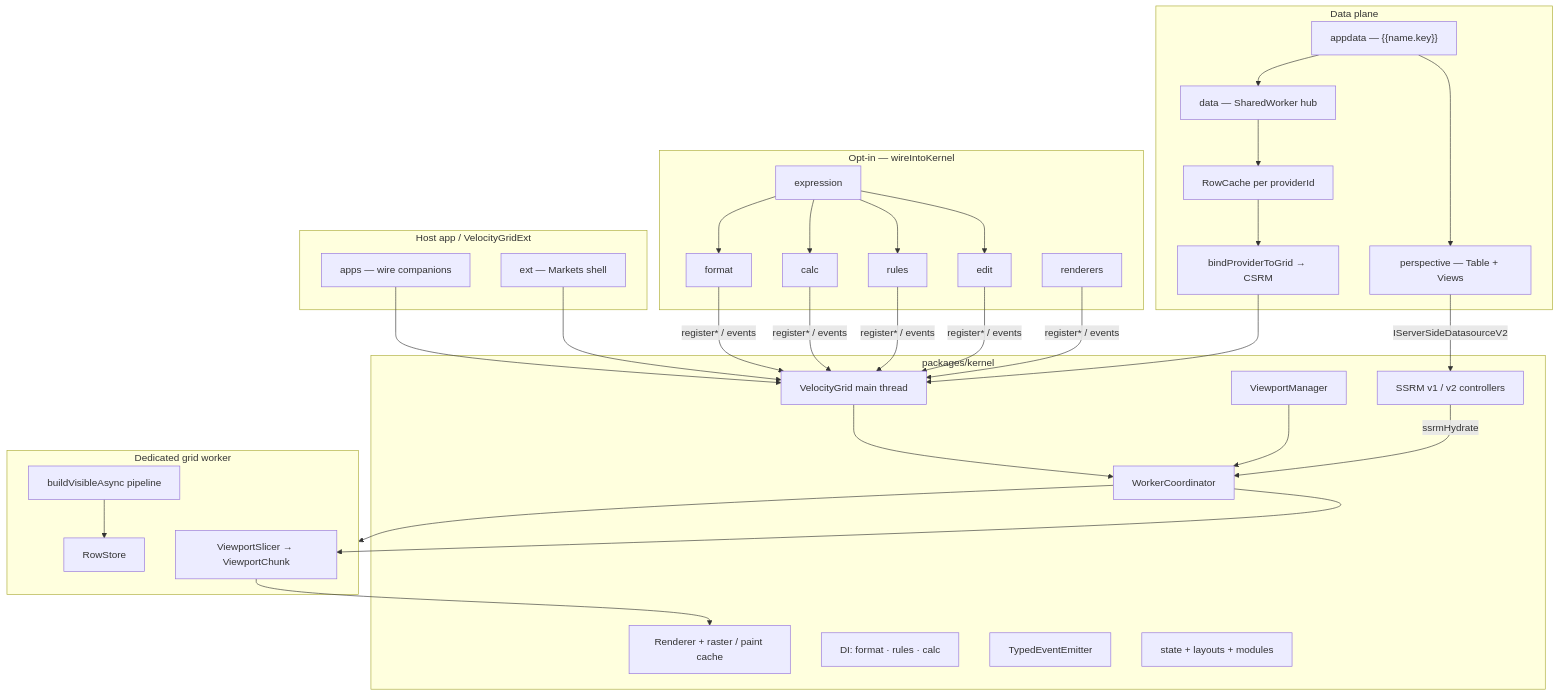
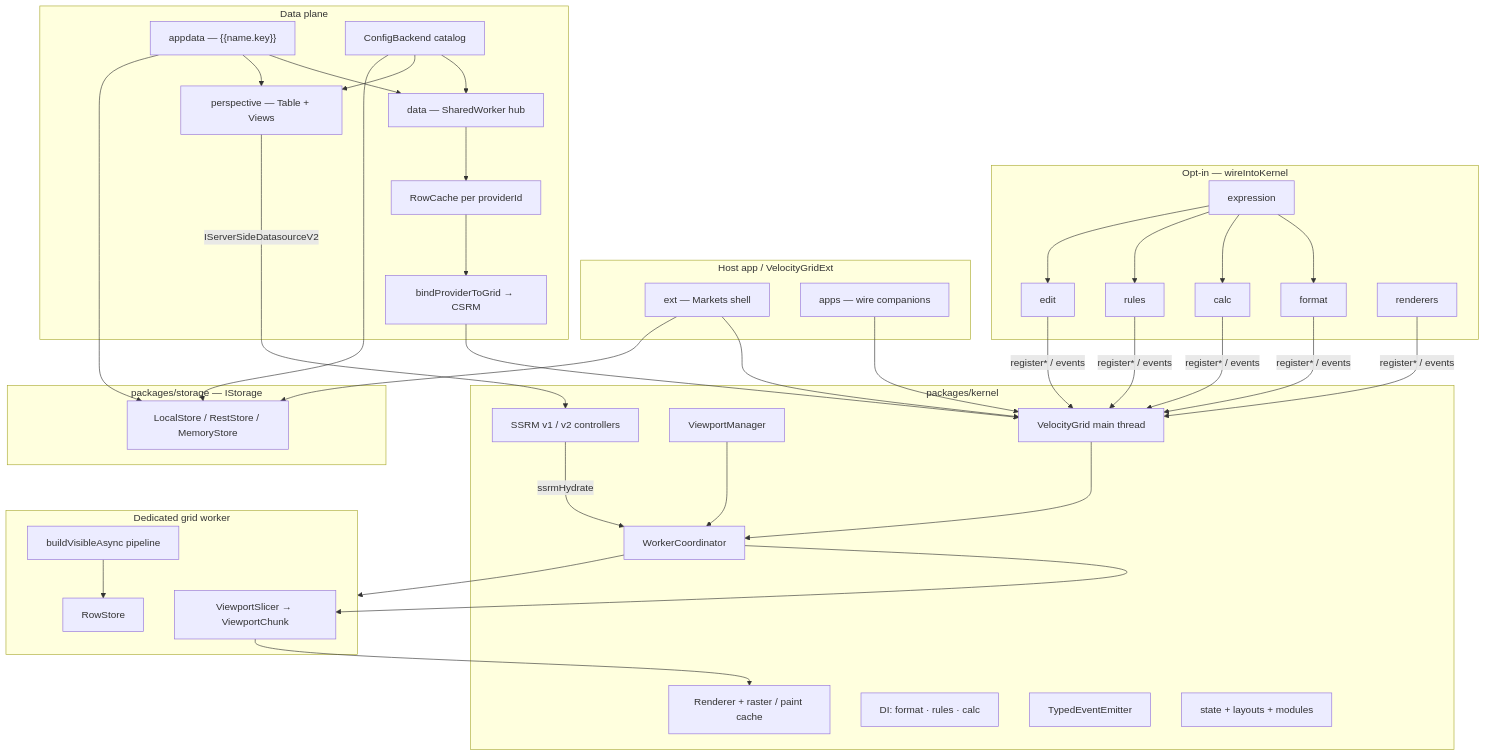
One commit to widgetstools/canvasgrid changed the first of 2 diagrams in docs/velocity-grid-architecture.md. Above: the diagram before and after it, drawn with Mermaid. The commit also changed other lines of this file and 49 other files, not shown here.

````diff
--- a/docs/velocity-grid-architecture.md
+++ b/docs/velocity-grid-architecture.md
@@ -25,54 +27,61 @@
 ```mermaid
 flowchart TB
   subgraph Host["Host app / VelocityGridExt"]
     EXT["ext — Markets shell"]
     APP["apps — wire companions"]
   end
 
   subgraph Kernel["packages/kernel"]
     VG["VelocityGrid main thread"]
     WC["WorkerCoordinator"]
     VP["ViewportManager"]
     RND["Renderer + raster / paint cache"]
     SSRM["SSRM v1 / v2 controllers"]
     SLOTS["DI: format · rules · calc"]
     EV["TypedEventEmitter"]
     STATE["state + layouts + modules"]
   end
 
   subgraph Worker["Dedicated grid worker"]
     STORE["RowStore"]
     PIPE["buildVisibleAsync pipeline"]
     SLICER["ViewportSlicer → ViewportChunk"]
   end
 
   subgraph Companions["Opt-in — wireIntoKernel"]
     EXPR["expression"]
     FMT["format"]
     CALC["calc"]
     RULES["rules"]
     EDIT["edit"]
     REND["renderers"]
   end
 
   subgraph DataPlane["Data plane"]
     HUB["data — SharedWorker hub"]
     CACHE["RowCache per providerId"]
     BIND["bindProviderToGrid → CSRM"]
     PSP["perspective — Table + Views"]
     APPD["appdata — {{name.key}}"]
+    CAT["ConfigBackend catalog"]
+  end
+
+  subgraph Persist["packages/storage — IStorage"]
+    LS["LocalStore / RestStore / MemoryStore"]
   end
 
   APP --> VG
   EXT --> VG
   FMT & CALC & RULES & EDIT & REND -->|register* / events| VG
   EXPR --> FMT & CALC & RULES & EDIT
   VG --> WC --> Worker
   VP --> WC
   WC --> SLICER --> RND
   PIPE --> STORE
   SSRM -->|ssrmHydrate| WC
   HUB --> CACHE --> BIND --> VG
   PSP -->|IServerSideDatasourceV2| SSRM
   APPD --> HUB & PSP
+  CAT --> HUB & PSP
+  APPD & CAT & EXT --> LS
 ```
````
